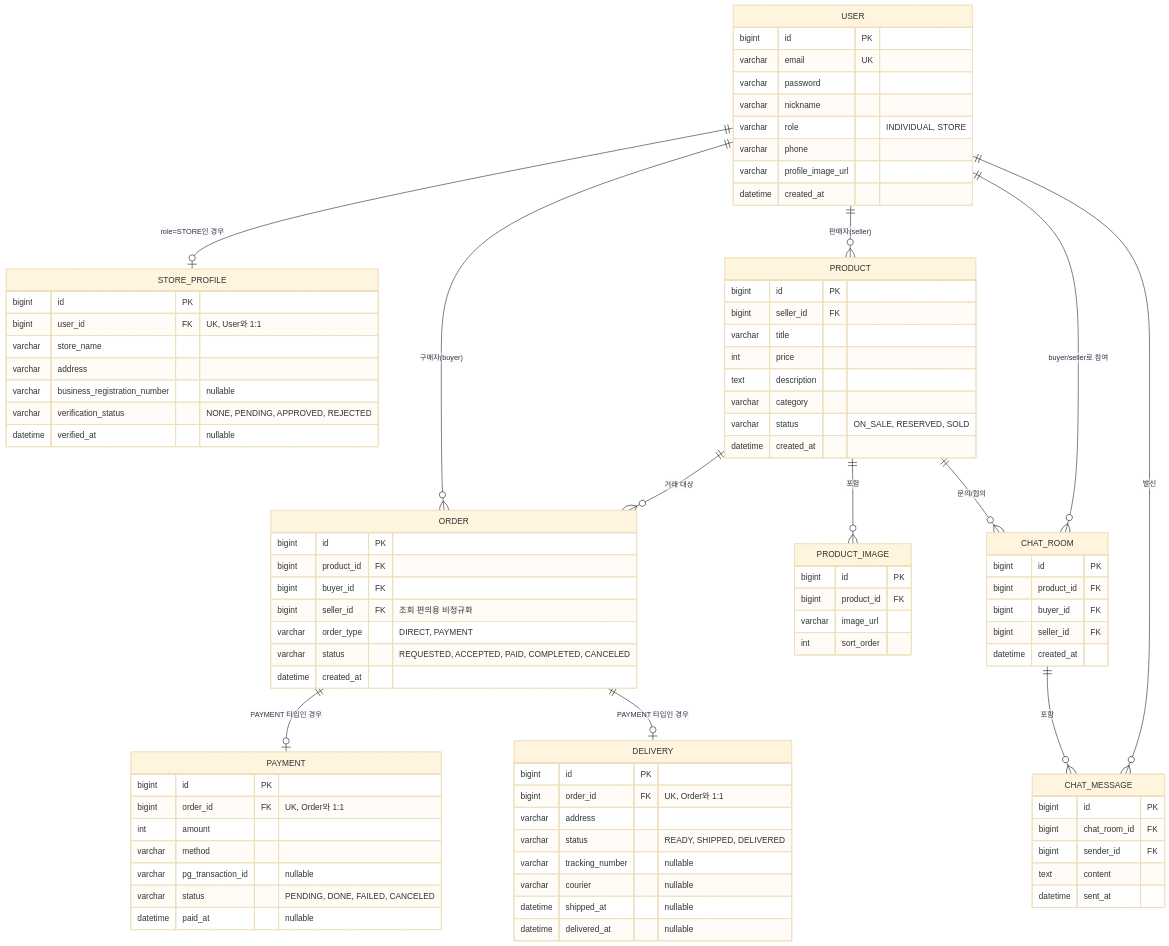
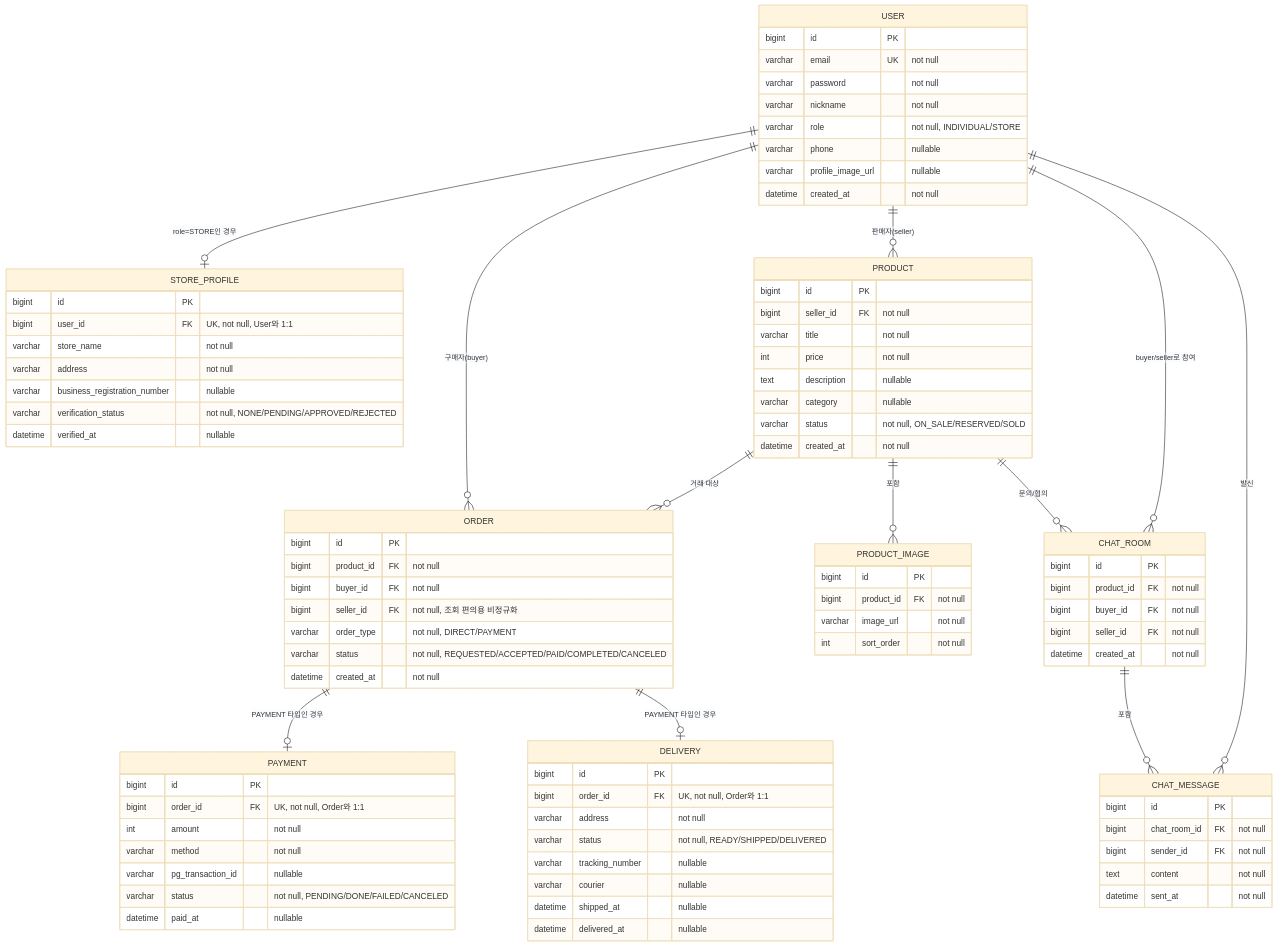
The diagram in docs/erd.md (JMY00n/vintage-market), drawn with Mermaid (base theme) before and after one commit.

````diff
--- a/docs/erd.md
+++ b/docs/erd.md
@@ -14,68 +14,68 @@
  
     USER {
         bigint id PK
-        varchar email UK
-        varchar password
-        varchar nickname
-        varchar role "INDIVIDUAL, STORE"
-        varchar phone
-        varchar profile_image_url
-        datetime created_at
+        varchar email UK "not null"
+        varchar password "not null"
+        varchar nickname "not null"
+        varchar role "not null, INDIVIDUAL/STORE"
+        varchar phone "nullable"
+        varchar profile_image_url "nullable"
+        datetime created_at "not null"
     }
  
     STORE_PROFILE {
         bigint id PK
-        bigint user_id FK "UK, User와 1:1"
-        varchar store_name
-        varchar address
+        bigint user_id FK "UK, not null, User와 1:1"
+        varchar store_name "not null"
+        varchar address "not null"
         varchar business_registration_number "nullable"
-        varchar verification_status "NONE, PENDING, APPROVED, REJECTED"
+        varchar verification_status "not null, NONE/PENDING/APPROVED/REJECTED"
         datetime verified_at "nullable"
     }
  
     PRODUCT {
         bigint id PK
-        bigint seller_id FK
-        varchar title
-        int price
-        text description
-        varchar category
-        varchar status "ON_SALE, RESERVED, SOLD"
-        datetime created_at
+        bigint seller_id FK "not null"
+        varchar title "not null"
+        int price "not null"
+        text description "nullable"
+        varchar category "nullable"
+        varchar status "not null, ON_SALE/RESERVED/SOLD"
+        datetime created_at "not null"
     }
  
     PRODUCT_IMAGE {
         bigint id PK
-        bigint product_id FK
-        varchar image_url
-        int sort_order
+        bigint product_id FK "not null"
+        varchar image_url "not null"
+        int sort_order "not null"
     }
  
     ORDER {
         bigint id PK
-        bigint product_id FK
-        bigint buyer_id FK
-        bigint seller_id FK "조회 편의용 비정규화"
-        varchar order_type "DIRECT, PAYMENT"
-        varchar status "REQUESTED, ACCEPTED, PAID, COMPLETED, CANCELED"
-        datetime created_at
+        bigint product_id FK "not null"
+        bigint buyer_id FK "not null"
+        bigint seller_id FK "not null, 조회 편의용 비정규화"
+        varchar order_type "not null, DIRECT/PAYMENT"
+        varchar status "not null, REQUESTED/ACCEPTED/PAID/COMPLETED/CANCELED"
+        datetime created_at "not null"
     }
  
     PAYMENT {
         bigint id PK
-        bigint order_id FK "UK, Order와 1:1"
-        int amount
-        varchar method
+        bigint order_id FK "UK, not null, Order와 1:1"
+        int amount "not null"
+        varchar method "not null"
         varchar pg_transaction_id "nullable"
-        varchar status "PENDING, DONE, FAILED, CANCELED"
+        varchar status "not null, PENDING/DONE/FAILED/CANCELED"
         datetime paid_at "nullable"
     }
  
     DELIVERY {
         bigint id PK
-        bigint order_id FK "UK, Order와 1:1"
-        varchar address
-        varchar status "READY, SHIPPED, DELIVERED"
+        bigint order_id FK "UK, not null, Order와 1:1"
+        varchar address "not null"
+        varchar status "not null, READY/SHIPPED/DELIVERED"
         varchar tracking_number "nullable"
         varchar courier "nullable"
         datetime shipped_at "nullable"
@@ -84,17 +84,17 @@
  
     CHAT_ROOM {
         bigint id PK
-        bigint product_id FK
-        bigint buyer_id FK
-        bigint seller_id FK
-        datetime created_at
+        bigint product_id FK "not null"
+        bigint buyer_id FK "not null"
+        bigint seller_id FK "not null"
+        datetime created_at "not null"
     }
  
     CHAT_MESSAGE {
         bigint id PK
-        bigint chat_room_id FK
-        bigint sender_id FK
-        text content
-        datetime sent_at
+        bigint chat_room_id FK "not null"
+        bigint sender_id FK "not null"
+        text content "not null"
+        datetime sent_at "not null"
     }
 ```
````
